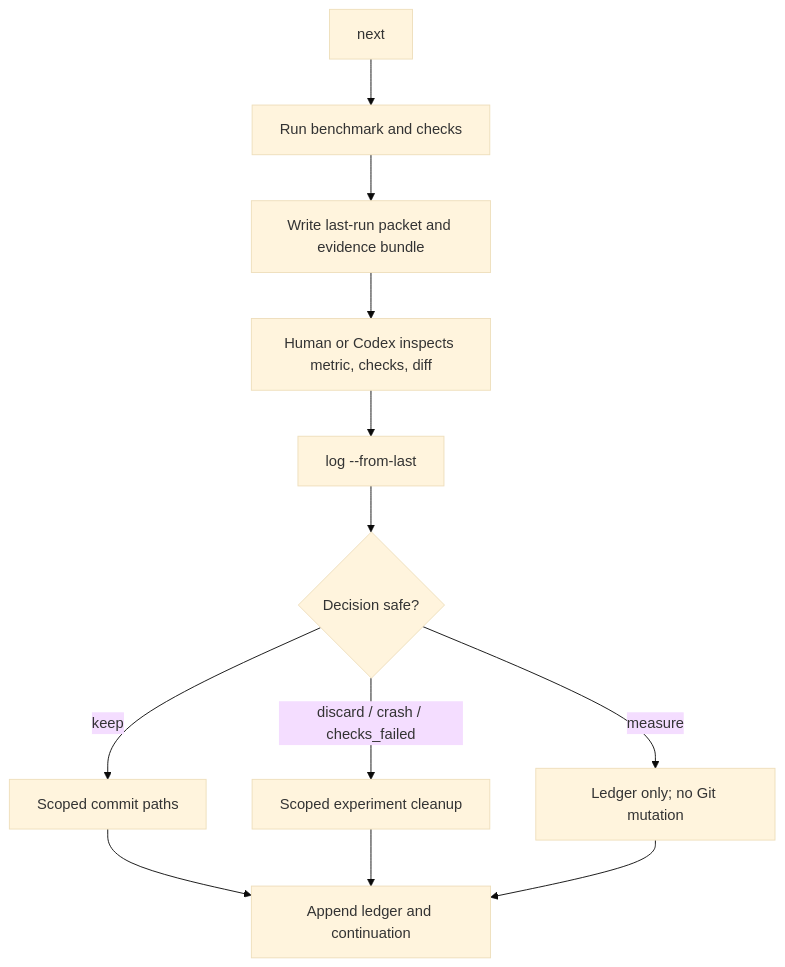
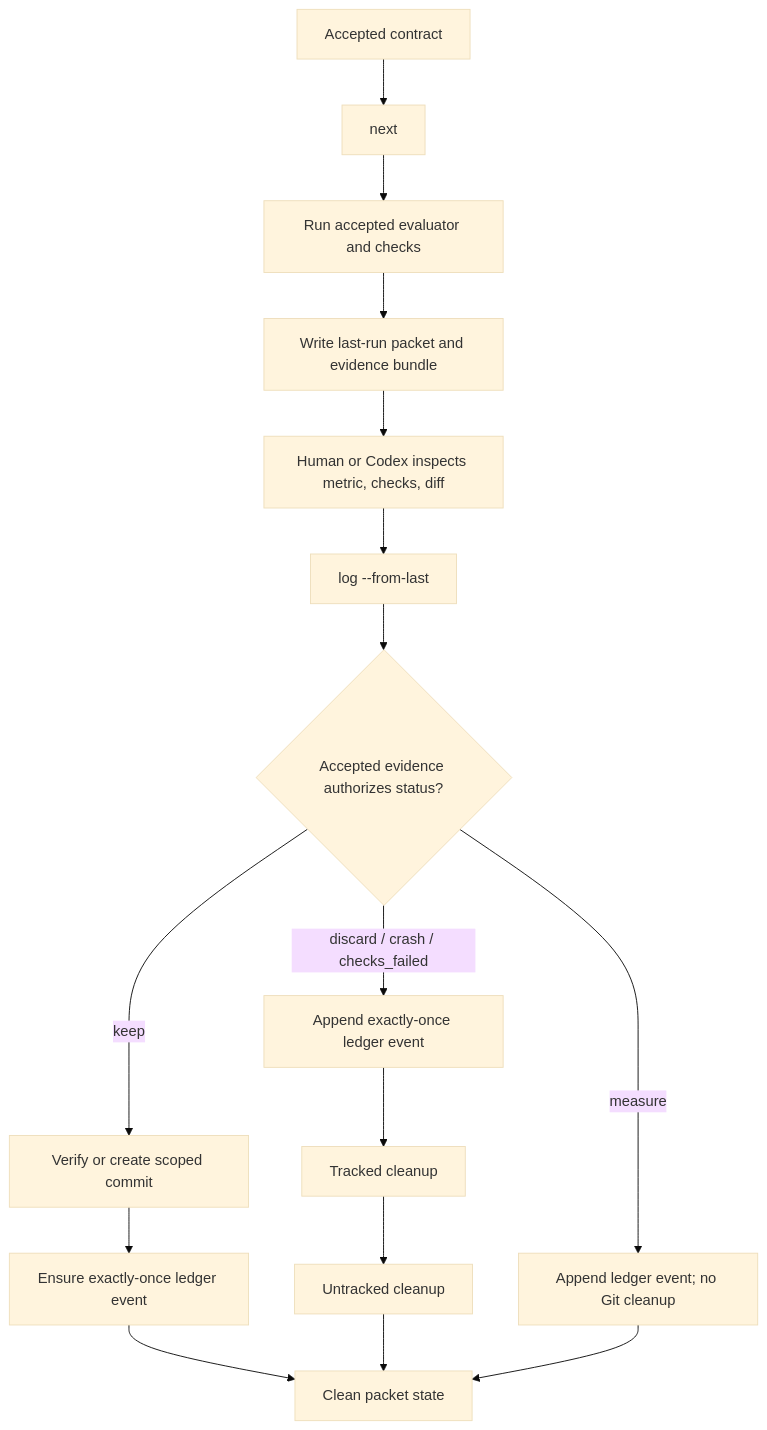
The second of 5 diagrams in plugins/codex-autoresearch/docs/architecture.md (TheGreenCedar/codex-autoresearch), drawn with Mermaid (base theme) before and after one commit. The commit also changed other lines of this file and 28 other files, not shown here.

````diff
--- a/plugins/codex-autoresearch/docs/architecture.md
+++ b/plugins/codex-autoresearch/docs/architecture.md
@@ -48,14 +67,18 @@
 ```mermaid
 flowchart TD
-  Next["next"] --> Proc["Run benchmark and checks"]
+  Contract["Accepted contract"] --> Next["next"]
+  Next --> Proc["Run accepted evaluator and checks"]
   Proc --> Packet["Write last-run packet and evidence bundle"]
   Packet --> Inspect["Human or Codex inspects metric, checks, diff"]
   Inspect --> Log["log --from-last"]
-  Log --> Gate{"Decision safe?"}
-  Gate -- "keep" --> Commit["Scoped commit paths"]
-  Gate -- "discard / crash / checks_failed" --> Revert["Scoped experiment cleanup"]
-  Gate -- "measure" --> NoGit["Ledger only; no Git mutation"]
-  Commit --> Ledger["Append ledger and continuation"]
-  Revert --> Ledger
-  NoGit --> Ledger
+  Log --> Gate{"Accepted evidence authorizes status?"}
+  Gate -- "keep" --> Commit["Verify or create scoped commit"]
+  Gate -- "discard / crash / checks_failed" --> LedgerFirst["Append exactly-once ledger event"]
+  Gate -- "measure" --> LedgerOnly["Append ledger event; no Git cleanup"]
+  Commit --> KeepLedger["Ensure exactly-once ledger event"]
+  KeepLedger --> PacketCleanup["Clean packet state"]
+  LedgerFirst --> Tracked["Tracked cleanup"]
+  Tracked --> Untracked["Untracked cleanup"]
+  Untracked --> PacketCleanup
+  LedgerOnly --> PacketCleanup
 ```
````
